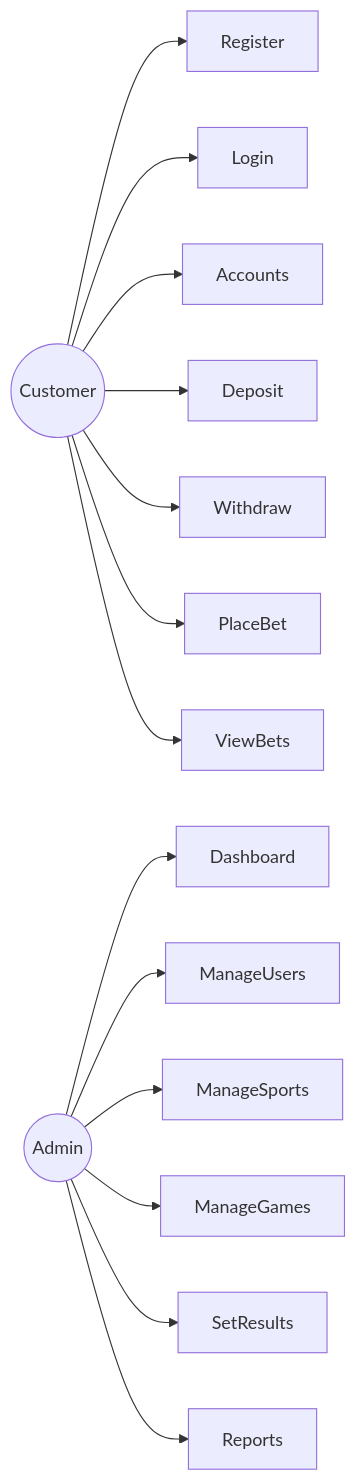
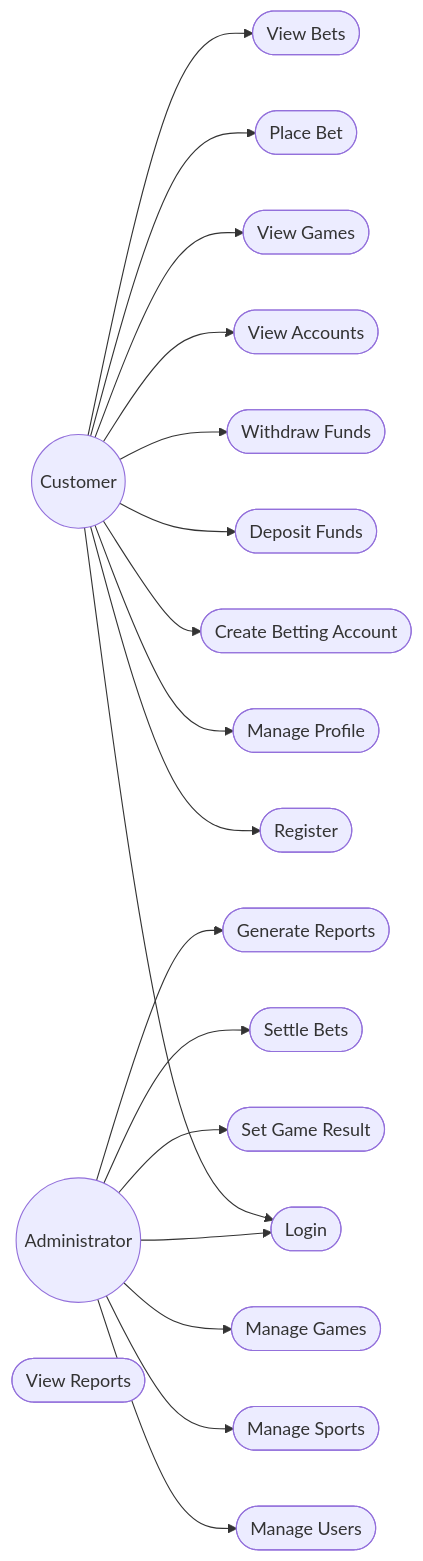
The first of 6 diagrams in SpinaBets_Full_Documentation.md (KL-Mdanjelwa/SpinaBets), drawn with Mermaid before and after one commit. The commit also changed other lines of this file, not shown here.

````diff
--- a/SpinaBets_Full_Documentation.md
+++ b/SpinaBets_Full_Documentation.md
@@ -54,18 +54,44 @@
 ```mermaid
 flowchart LR
+
 Customer((Customer))
-Admin((Admin))
-Customer-->Register
-Customer-->Login
-Customer-->Accounts
-Customer-->Deposit
-Customer-->Withdraw
-Customer-->PlaceBet
-Customer-->ViewBets
-Admin-->Dashboard
-Admin-->ManageUsers
-Admin-->ManageSports
-Admin-->ManageGames
-Admin-->SetResults
-Admin-->Reports
+Admin((Administrator))
+
+Register([Register])
+Login([Login])
+ManageProfile([Manage Profile])
+CreateAccount([Create Betting Account])
+Deposit([Deposit Funds])
+Withdraw([Withdraw Funds])
+ViewAccounts([View Accounts])
+PlaceBet([Place Bet])
+ViewBets([View Bets])
+ViewGames([View Games])
+ViewReports([View Reports])
+
+ManageUsers([Manage Users])
+ManageSports([Manage Sports])
+ManageGames([Manage Games])
+SetGameResult([Set Game Result])
+SettleBets([Settle Bets])
+AdminReports([Generate Reports])
+
+Customer --> Register
+Customer --> Login
+Customer --> ManageProfile
+Customer --> CreateAccount
+Customer --> Deposit
+Customer --> Withdraw
+Customer --> ViewAccounts
+Customer --> ViewGames
+Customer --> PlaceBet
+Customer --> ViewBets
+
+Admin --> Login
+Admin --> ManageUsers
+Admin --> ManageSports
+Admin --> ManageGames
+Admin --> SetGameResult
+Admin --> SettleBets
+Admin --> AdminReports
 ```
````
